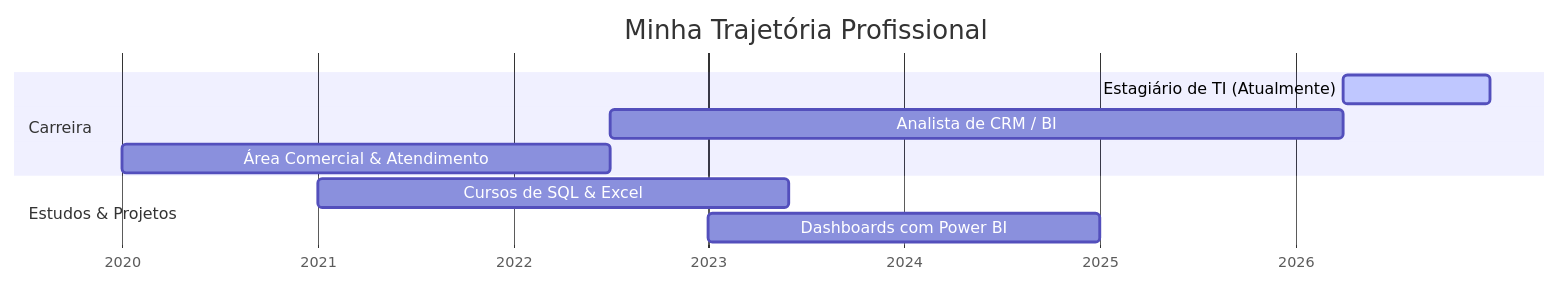
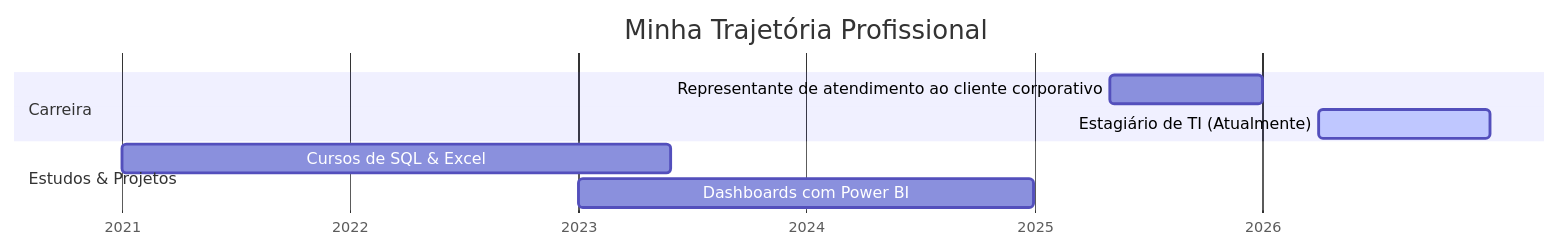
One commit to tisoares2001-lab/tisoares2001-lab changed the diagram in README.md. Above: the diagram before and after it, drawn with Mermaid.

Commit message:
Update career section in README
Removed outdated job role and adjusted date range.

````diff
--- a/README.md
+++ b/README.md
@@ -18,15 +18,14 @@
 ```mermaid
 gantt
     title Minha Trajetória Profissional
     dateFormat  YYYY-MM-DD
     axisFormat  %Y
 
     section Carreira
+    Representante de atendimento ao cliente corporativo    :a1, 2025-05-01, 2026-01-01
     Estagiário de TI (Atualmente)  :active, b3, 2026-04-01, 2026-12-31
-    Analista de CRM / BI           :a2, 2022-07-01, 2026-03-31
-    Área Comercial & Atendimento    :a1, 2020-01-01, 2022-06-30
 
     section Estudos & Projetos
     Cursos de SQL & Excel          :b1, 2021-01-01, 2023-05-30
     Dashboards com Power BI        :b2, 2023-01-01, 2024-12-31
 ```
````
